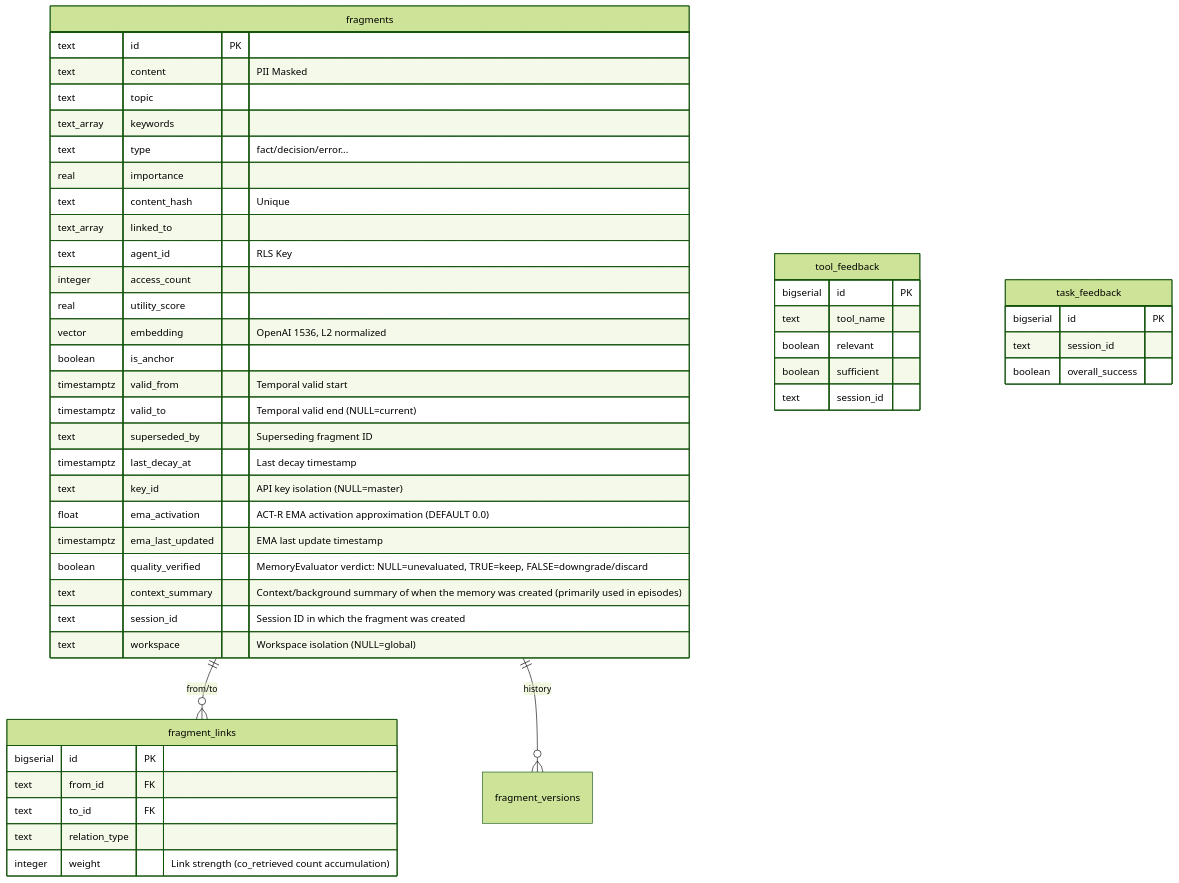
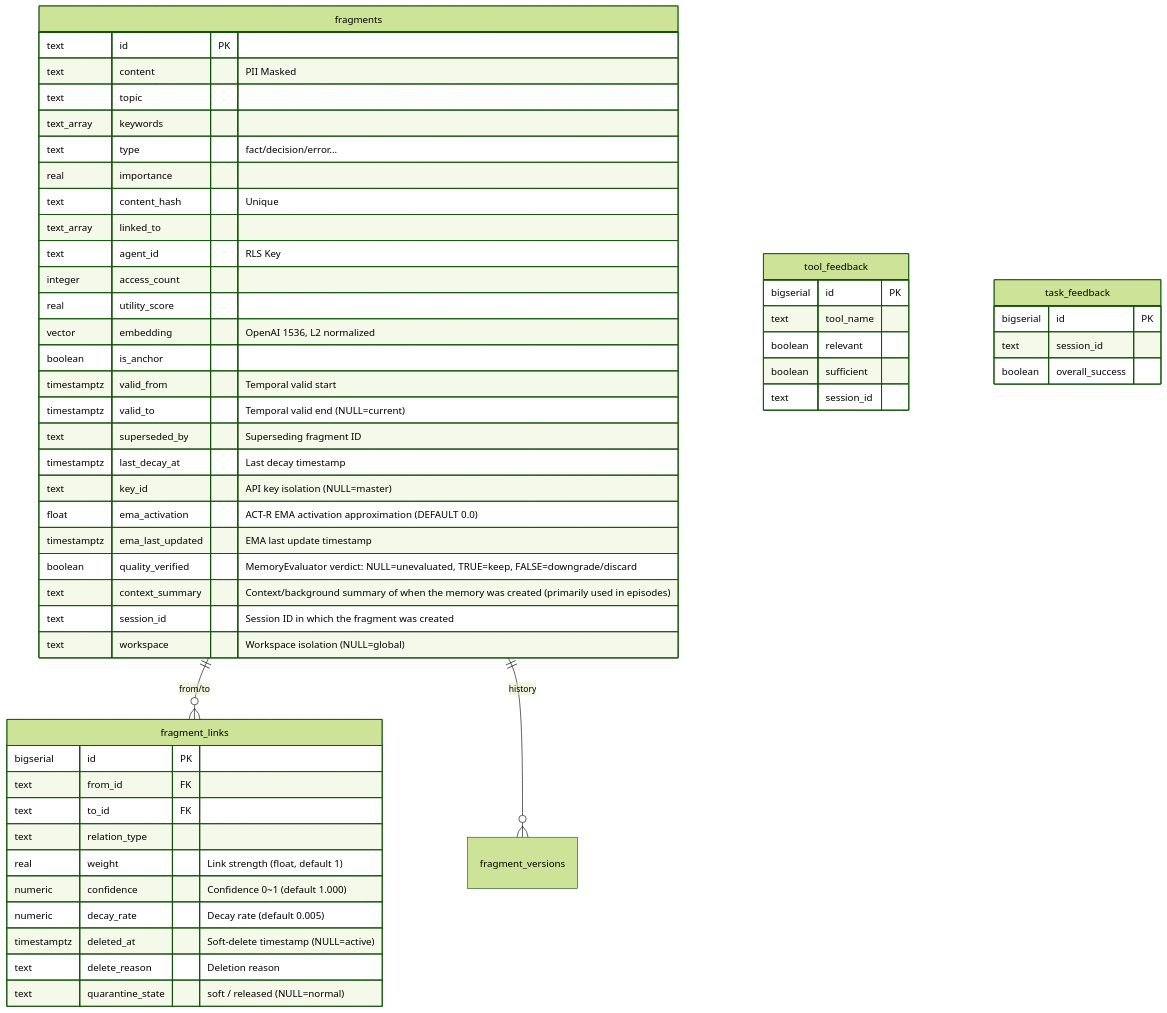
One commit to senabada-park/memento-mcp changed the diagram in docs/architecture.en.md. Above: the diagram before and after it, drawn with Mermaid (forest theme). The commit also changed other lines of this file and 27 other files, not shown here.

````diff
--- a/docs/architecture.en.md
+++ b/docs/architecture.en.md
@@ -157,50 +165,55 @@
 ```mermaid
 erDiagram
     fragments ||--o{ fragment_links : "from/to"
     fragments ||--o{ fragment_versions : "history"
     fragments {
         text id PK
         text content "PII Masked"
         text topic
         text_array keywords
         text type "fact/decision/error..."
         real importance
         text content_hash "Unique"
         text_array linked_to
         text agent_id "RLS Key"
         integer access_count
         real utility_score
         vector embedding "OpenAI 1536, L2 normalized"
         boolean is_anchor
         timestamptz valid_from "Temporal valid start"
         timestamptz valid_to "Temporal valid end (NULL=current)"
         text superseded_by "Superseding fragment ID"
         timestamptz last_decay_at "Last decay timestamp"
         text key_id "API key isolation (NULL=master)"
         float ema_activation "ACT-R EMA activation approximation (DEFAULT 0.0)"
         timestamptz ema_last_updated "EMA last update timestamp"
         boolean quality_verified "MemoryEvaluator verdict: NULL=unevaluated, TRUE=keep, FALSE=downgrade/discard"
         text context_summary "Context/background summary of when the memory was created (primarily used in episodes)"
         text session_id "Session ID in which the fragment was created"
         text workspace "Workspace isolation (NULL=global)"
     }
     fragment_links {
         bigserial id PK
         text from_id FK
         text to_id FK
         text relation_type
-        integer weight "Link strength (co_retrieved count accumulation)"
+        real weight "Link strength (float, default 1)"
+        numeric confidence "Confidence 0~1 (default 1.000)"
+        numeric decay_rate "Decay rate (default 0.005)"
+        timestamptz deleted_at "Soft-delete timestamp (NULL=active)"
+        text delete_reason "Deletion reason"
+        text quarantine_state "soft / released (NULL=normal)"
     }
     tool_feedback {
         bigserial id PK
         text tool_name
         boolean relevant
         boolean sufficient
         text session_id
     }
     task_feedback {
         bigserial id PK
         text session_id
         boolean overall_success
     }
 ```
````
